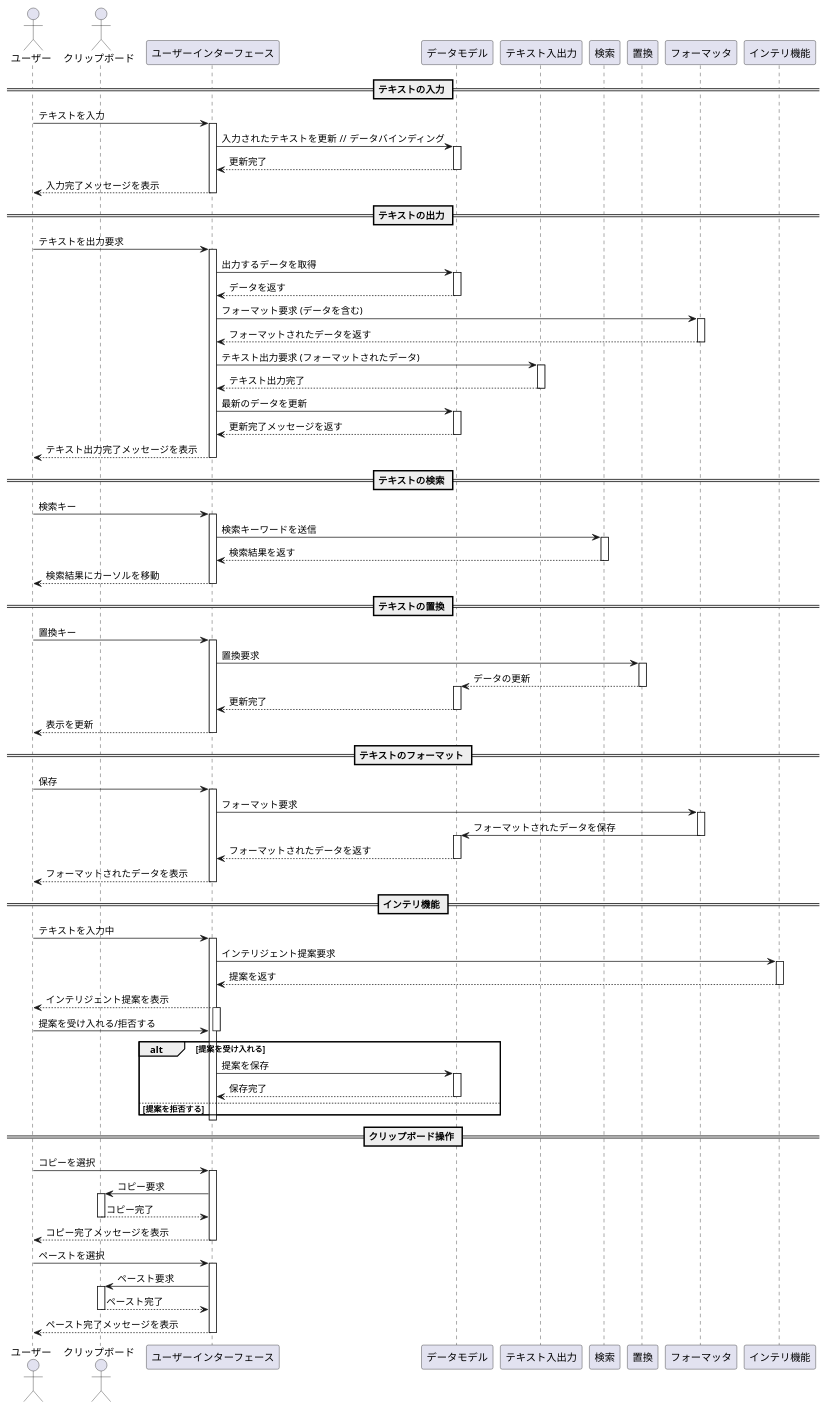
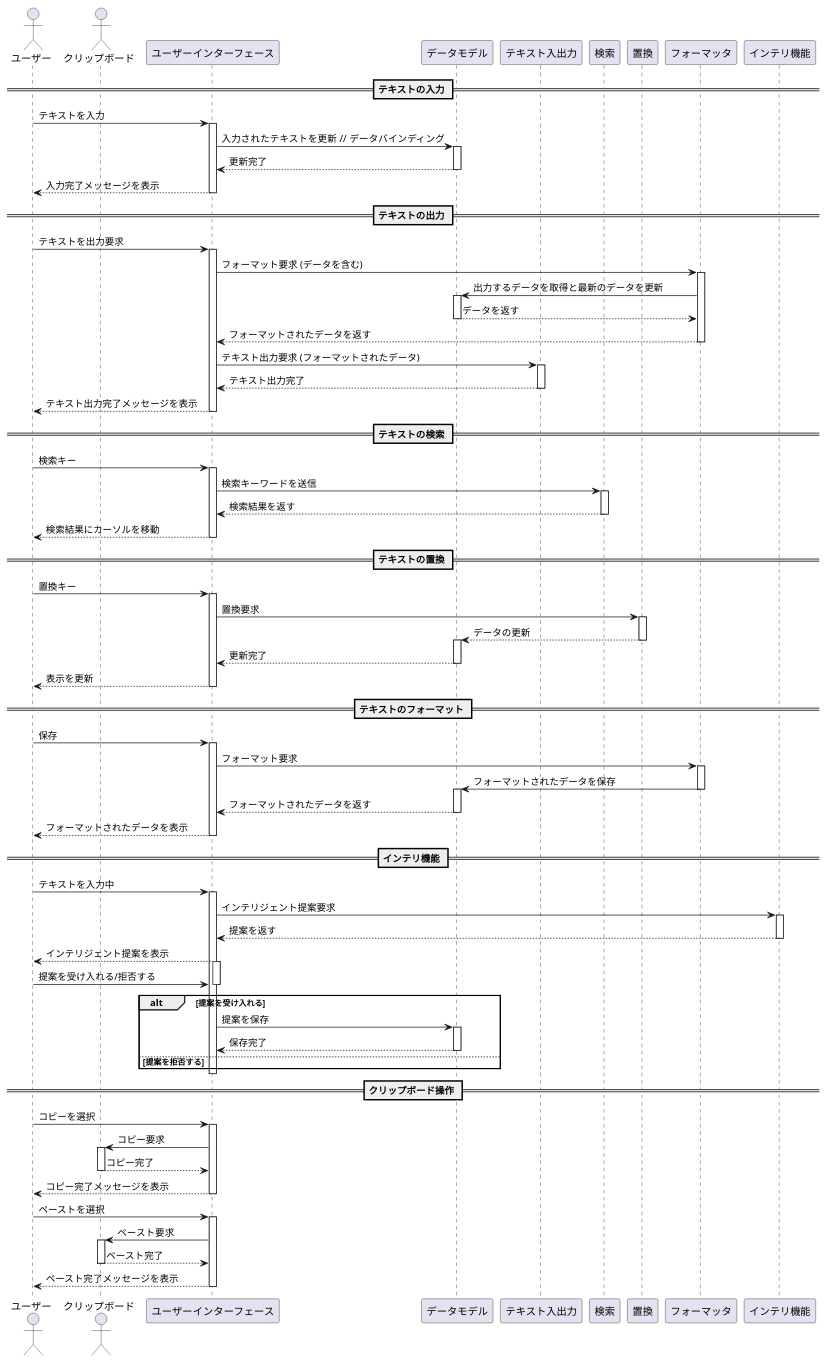
The diagram in uml/Sqc_Txt.puml (aka1ha2n3e/project00), drawn with PlantUML before and after one commit. The commit also changed 5 other files, not shown here.

Commit message:
シーケンス図完成

```diff
--- a/uml/Sqc_Txt.puml
+++ b/uml/Sqc_Txt.puml
@@ -1,156 +1,150 @@
 @startuml
 
 actor User as "ユーザー"
 actor Clipboard as "クリップボード"
 participant "ユーザーインターフェース" as UI
 participant "データモデル" as DataModel
 participant "テキスト入出力" as TextIO
 participant "検索" as Search
 participant "置換" as Replace
 participant "フォーマッタ" as Formatter
 participant "インテリ機能" as IntelliFeature
 
 == テキストの入力 ==
 User -> UI : テキストを入力
 activate UI
 
 UI -> DataModel : 入力されたテキストを更新  // データバインディング
 activate DataModel
 
 DataModel --> UI : 更新完了
 deactivate DataModel
 
 UI --> User : 入力完了メッセージを表示
 deactivate UI
 
 == テキストの出力 ==
 User -> UI : テキストを出力要求
 activate UI
 
-UI -> DataModel : 出力するデータを取得
+UI -> Formatter : フォーマット要求 (データを含む)
+activate Formatter
+
+Formatter -> DataModel : 出力するデータを取得と最新のデータを更新
 activate DataModel
 
-DataModel --> UI : データを返す
+DataModel --> Formatter : データを返す
 deactivate DataModel
-
-UI -> Formatter : フォーマット要求 (データを含む)
-activate Formatter
 
 Formatter --> UI : フォーマットされたデータを返す
 deactivate Formatter
 
 UI -> TextIO : テキスト出力要求 (フォーマットされたデータ)
 activate TextIO
 
 TextIO --> UI : テキスト出力完了
 deactivate TextIO
-
-UI -> DataModel : 最新のデータを更新
-activate DataModel
-
-DataModel --> UI : 更新完了メッセージを返す
-deactivate DataModel
 
 UI --> User : テキスト出力完了メッセージを表示
 deactivate UI
 
 == テキストの検索 ==
 User -> UI : 検索キー
 activate UI
 
 UI -> Search : 検索キーワードを送信
 activate Search
 
 Search --> UI : 検索結果を返す
 deactivate Search
 
 UI --> User : 検索結果にカーソルを移動
 deactivate UI
 
 == テキストの置換 ==
 User -> UI : 置換キー
 activate UI
 
 UI -> Replace : 置換要求
 activate Replace
 
 Replace --> DataModel : データの更新  
 deactivate Replace
 activate DataModel
 
 DataModel --> UI : 更新完了
 deactivate DataModel
 
 UI --> User : 表示を更新
 deactivate UI
 
 == テキストのフォーマット ==
 User -> UI : 保存
 activate UI
 
 UI -> Formatter : フォーマット要求
 activate Formatter
 
 Formatter -> DataModel : フォーマットされたデータを保存
 deactivate Formatter
 activate DataModel
 
 DataModel --> UI : フォーマットされたデータを返す
 deactivate DataModel
 
 UI --> User : フォーマットされたデータを表示
 deactivate UI
 
 
 == インテリ機能 ==
 User -> UI : テキストを入力中
 activate UI
 
 UI -> IntelliFeature : インテリジェント提案要求
 activate IntelliFeature
 
 IntelliFeature --> UI : 提案を返す
 deactivate IntelliFeature
 
 UI --> User : インテリジェント提案を表示
 activate UI
 
 User -> UI : 提案を受け入れる/拒否する
 deactivate UI
 
 alt 提案を受け入れる
     UI -> DataModel : 提案を保存
     activate DataModel
     DataModel --> UI : 保存完了
     deactivate DataModel
 else 提案を拒否する
 end
 
 deactivate UI
 
 == クリップボード操作 ==
 User -> UI : コピーを選択
 activate UI
 
 UI -> Clipboard : コピー要求
 activate Clipboard
 
 Clipboard --> UI : コピー完了
 deactivate Clipboard
 
 UI --> User : コピー完了メッセージを表示
 deactivate UI
 
 User -> UI : ペーストを選択
 activate UI
 
 UI -> Clipboard : ペースト要求
 activate Clipboard
 
 Clipboard --> UI : ペースト完了
 deactivate Clipboard
 
 UI --> User : ペースト完了メッセージを表示
 deactivate UI
 
 @enduml
```
